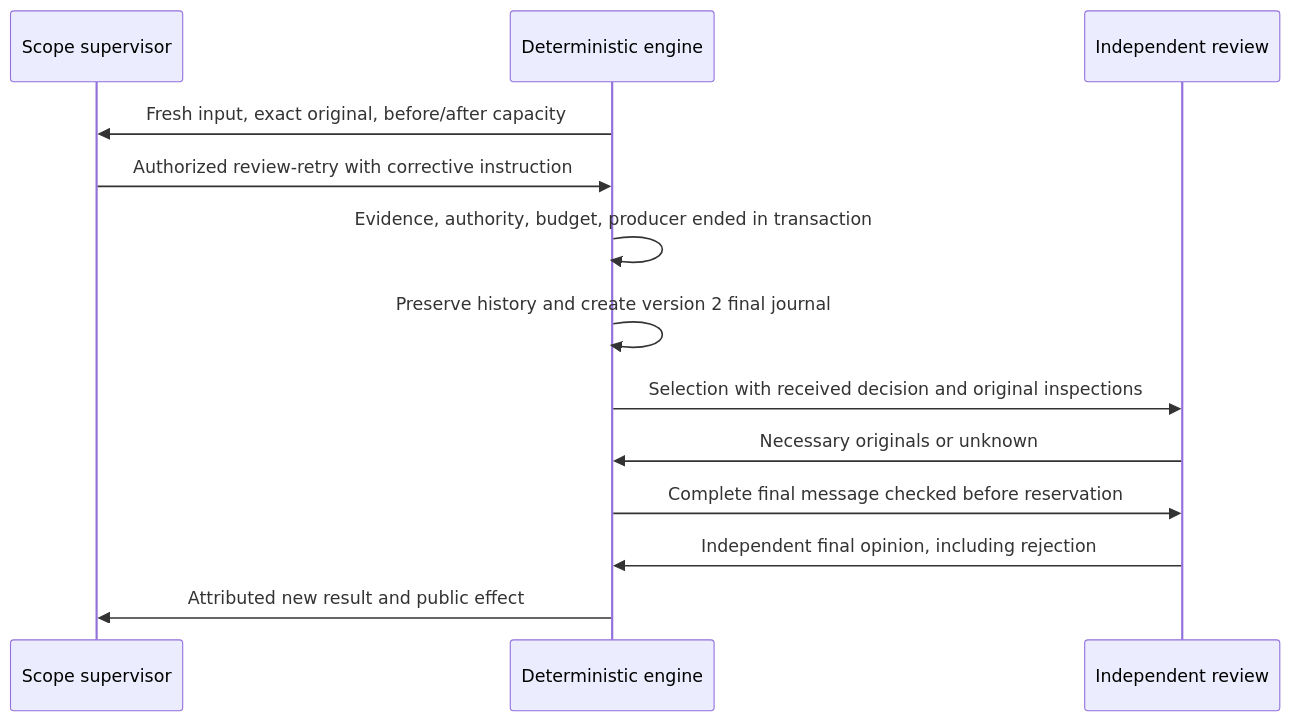
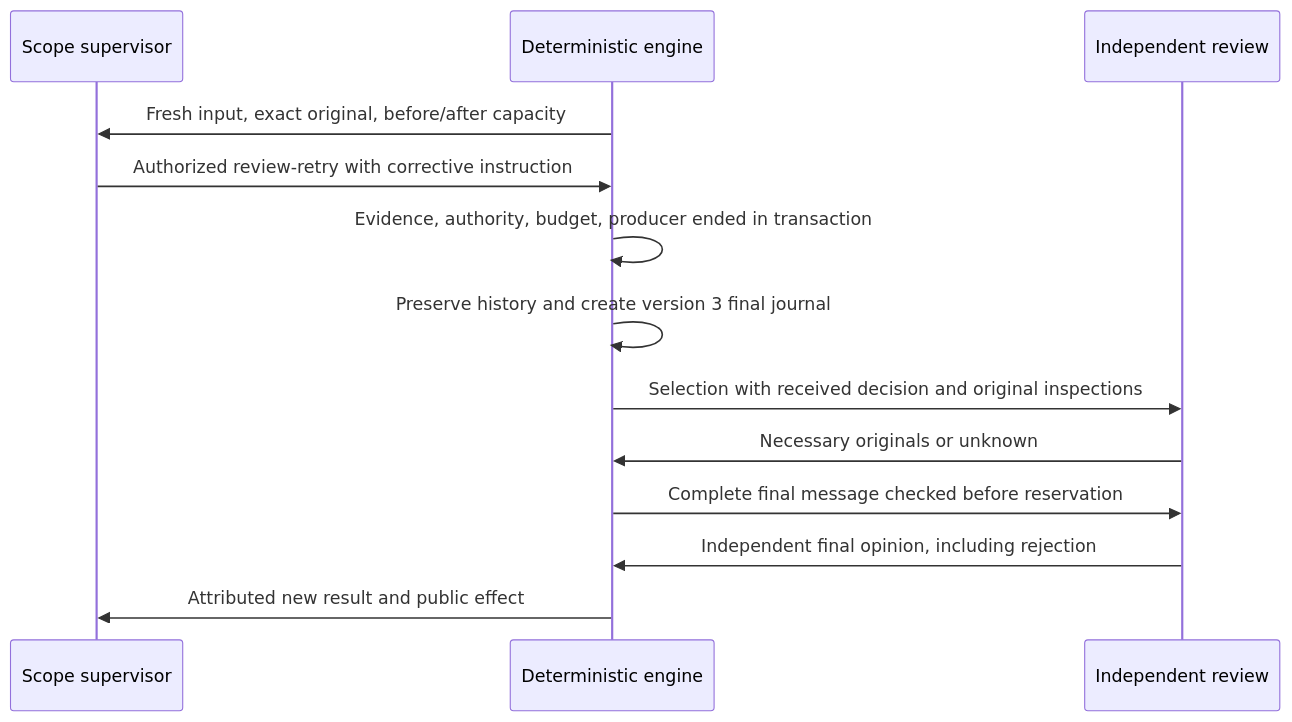
Before and after one commit to mo0ogly/swarm: the eighth of 13 diagrams in docs/en/AUTORECURSIVE-RECOVERY.md, drawn with Mermaid. The commit also changed other lines of this file and 10 other files, not shown here.

````diff
--- a/docs/en/AUTORECURSIVE-RECOVERY.md
+++ b/docs/en/AUTORECURSIVE-RECOVERY.md
@@ -372,15 +379,15 @@
 ```mermaid
 sequenceDiagram
     participant S as Scope supervisor
     participant M as Deterministic engine
     participant R as Independent review
     M->>S: Fresh input, exact original, before/after capacity
     S->>M: Authorized review-retry with corrective instruction
     M->>M: Evidence, authority, budget, producer ended in transaction
-    M->>M: Preserve history and create version 2 final journal
+    M->>M: Preserve history and create version 3 final journal
     M->>R: Selection with received decision and original inspections
     R->>M: Necessary originals or unknown
     M->>R: Complete final message checked before reservation
     R->>M: Independent final opinion, including rejection
     M->>S: Attributed new result and public effect
 ```
````
